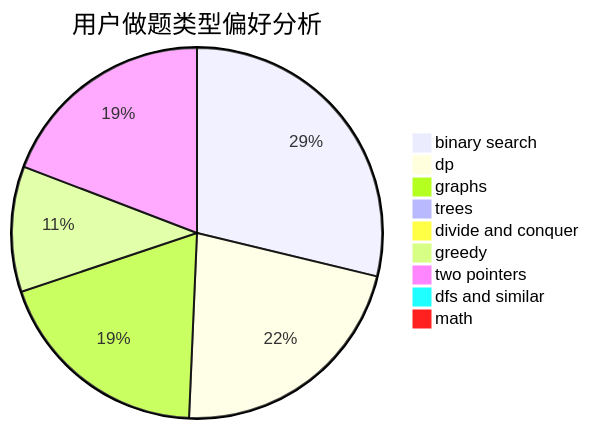
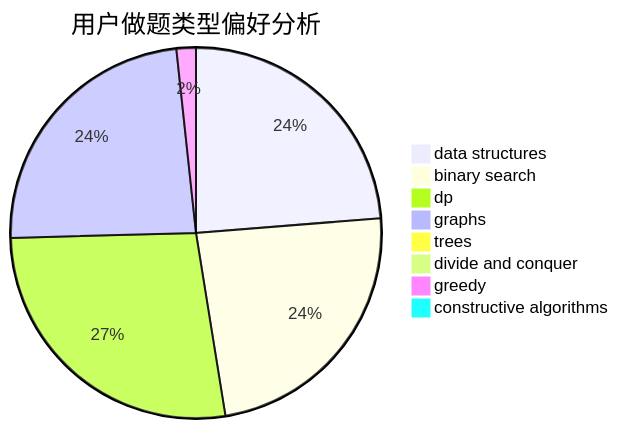
Before and after one commit to sherpahu/cfrs.github.io: the second of 3 diagrams in docs/user/u371.md, drawn with Mermaid. The commit also changed other lines of this file and 2775 other files, not shown here.

````diff
--- a/docs/user/u371.md
+++ b/docs/user/u371.md
@@ -23,12 +23,11 @@
 ```mermaid
 pie title 用户做题类型偏好分析
-    "binary search" :  21
+    "data structures" :  14
+    "binary search" :  14
     "dp" :  16
     "graphs" :  14
     "trees" :  0
     "divide and conquer" :  0
-    "greedy" :  8
-    "two pointers" :  14
-    "dfs and similar" :  0
-    "math" :  0
+    "greedy" :  1
+    "constructive algorithms" :  0
 ```
````
